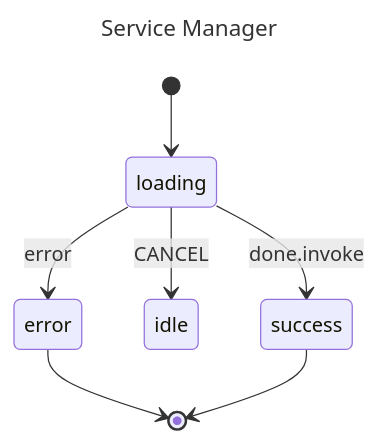
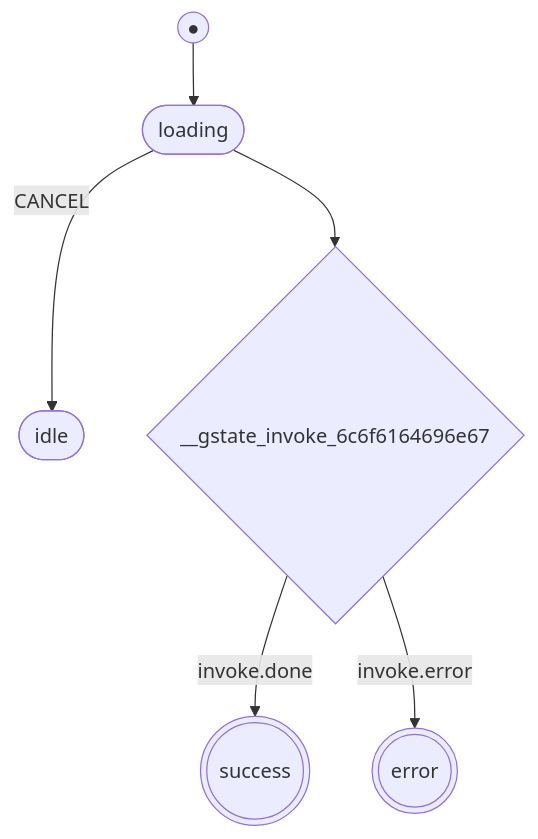
The diagram in examples/invoke/README.md (floodfx/gstate), drawn with Mermaid before and after one commit. The commit also changed 18 other files, not shown here.

````diff
--- a/examples/invoke/README.md
+++ b/examples/invoke/README.md
@@ -7,21 +7,20 @@
 ```mermaid
 ---
-title: Service Manager
 config:
-    theme: default
-    maxTextSize: 50000
-    maxEdges: 500
-    fontSize: 16
+  theme: default
+  themeVariables:
+    fontSize: 16px
 ---
-stateDiagram-v2
-    state "error" as error
-    state "idle" as idle
-    state "loading" as loading
-    state "success" as success
-	error --> [*]
-	success --> [*]
-	[*] --> loading
-	loading --> idle: CANCEL
-	loading --> success: done.invoke
-	loading --> error: error
+flowchart TB
+    __gstate_start(("●"))
+    __gstate_start --> loading
+    error((("error")))
+    idle(["idle"])
+    loading(["loading"])
+    success((("success")))
+    loading -->|"CANCEL"| idle
+    __gstate_invoke_6c6f6164696e67{"__gstate_invoke_6c6f6164696e67"}
+    loading --> __gstate_invoke_6c6f6164696e67
+    __gstate_invoke_6c6f6164696e67 -->|"invoke.done"| success
+    __gstate_invoke_6c6f6164696e67 -->|"invoke.error"| error
 ```
````
